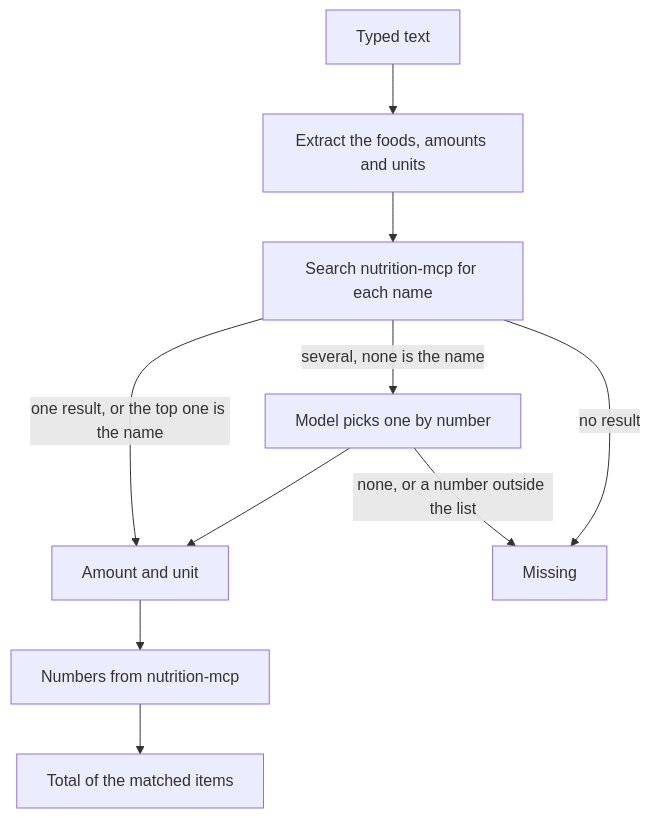
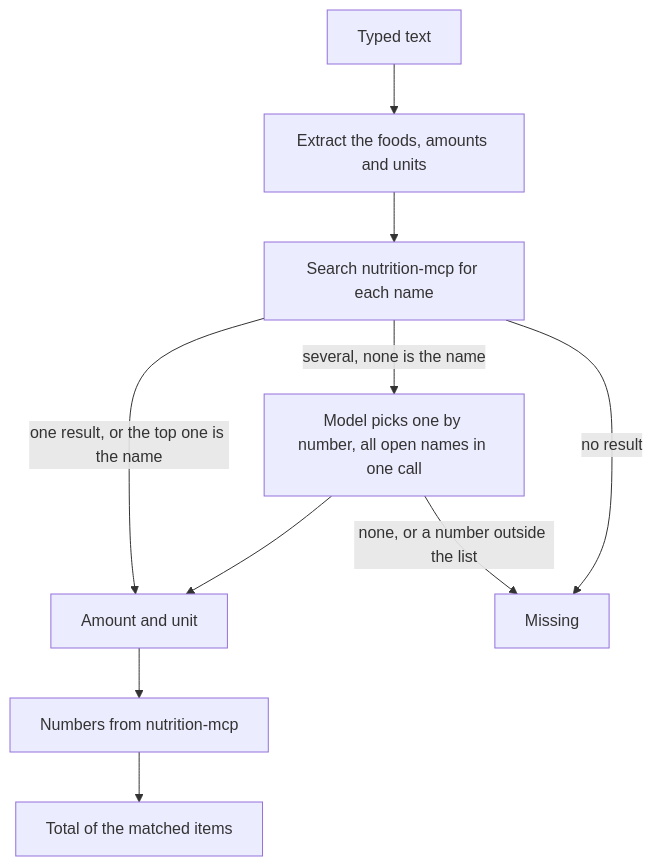
Before and after one commit to Varun-Kambali/meal-planner-agents: the third of 3 diagrams in docs/architecture.md, drawn with Mermaid. The commit also changed other lines of this file and 1 other file, not shown here.

````diff
--- a/docs/architecture.md
+++ b/docs/architecture.md
@@ -106,12 +106,12 @@
 ```mermaid
 flowchart TD
   A[Typed text] --> B[Extract the foods, amounts and units]
   B --> C[Search nutrition-mcp for each name]
   C -- "one result, or the top one is the name" --> E[Amount and unit]
-  C -- "several, none is the name" --> D[Model picks one by number]
+  C -- "several, none is the name" --> D[Model picks one by number, all open names in one call]
   D --> E
   C -- "no result" --> M[Missing]
   D -- "none, or a number outside the list" --> M
   E --> F[Numbers from nutrition-mcp]
   F --> G[Total of the matched items]
 ```
````
